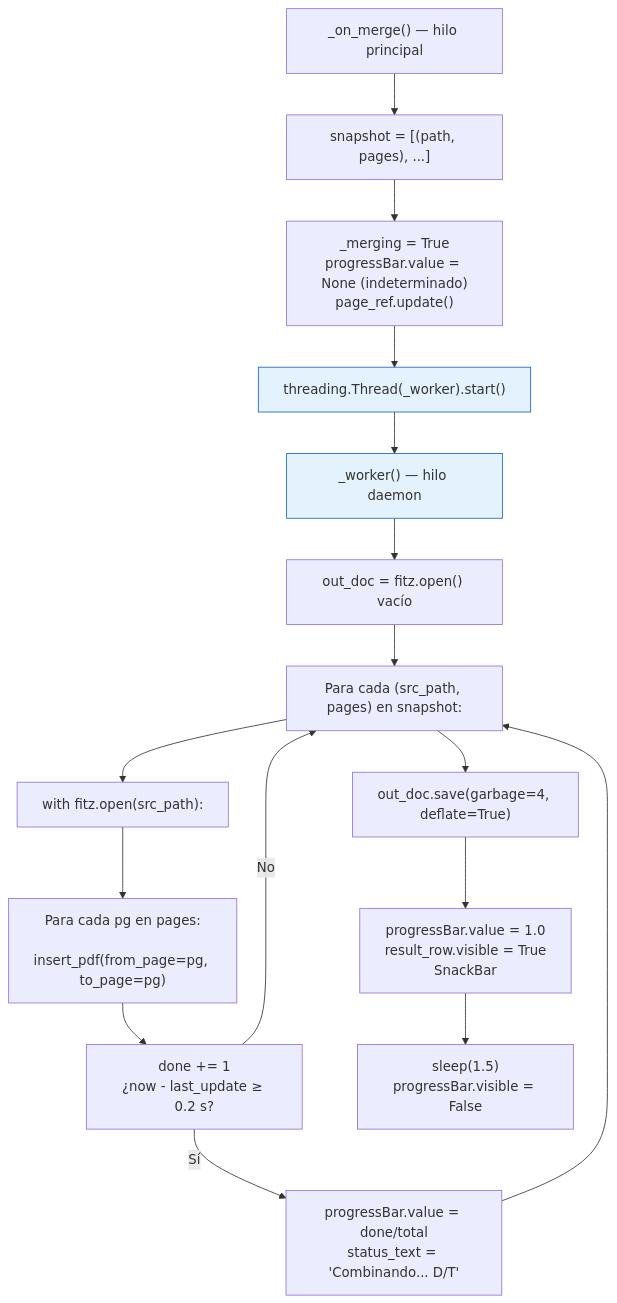
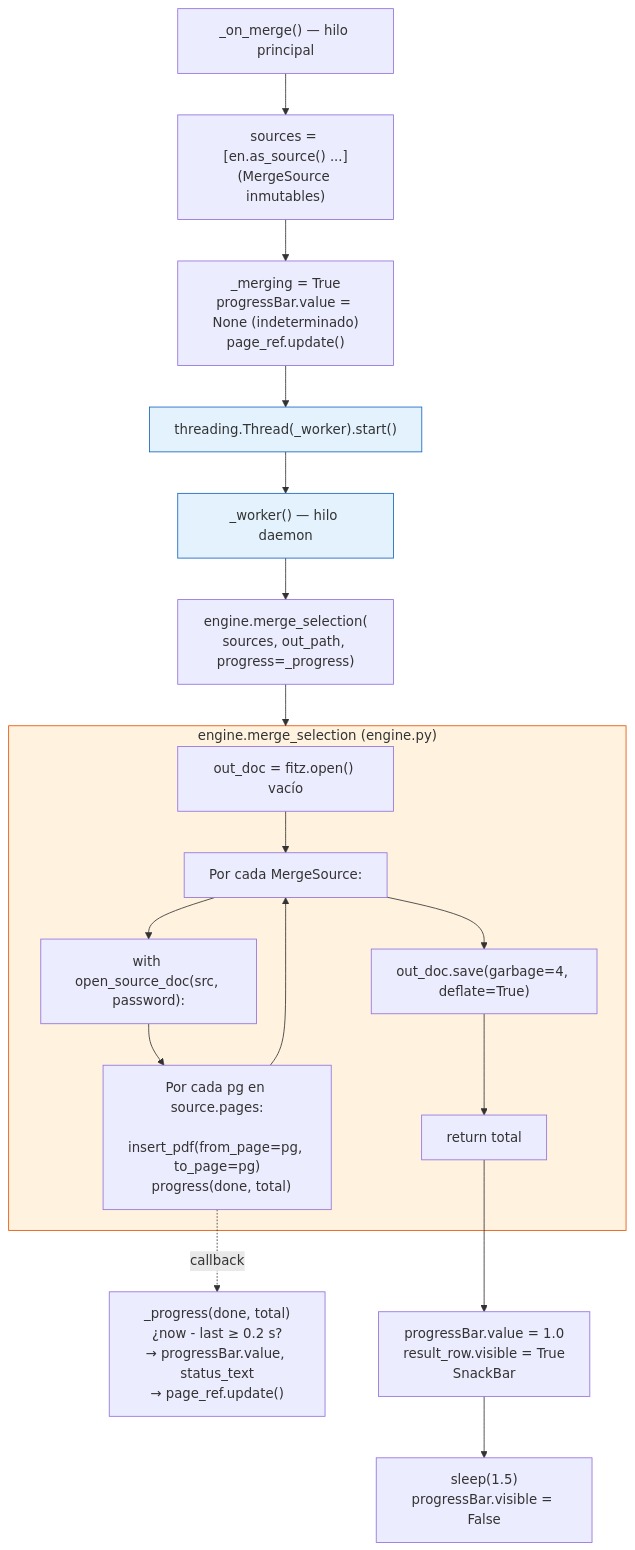
The eighth of 8 diagrams in docs/combinar-pdf.md (Mahynlo/pdf_manager), drawn with Mermaid before and after one commit. The commit also changed other lines of this file and 10 other files, not shown here.

````diff
--- a/docs/combinar-pdf.md
+++ b/docs/combinar-pdf.md
@@ -272,22 +407,27 @@
 ```mermaid
 flowchart TD
-    A["_on_merge() — hilo principal"] --> B["snapshot = [(path, pages), ...]"]
+    A["_on_merge() — hilo principal"] --> B["sources = [en.as_source() ...]\n(MergeSource inmutables)"]
     B --> C["_merging = True\nprogressBar.value = None (indeterminado)\npage_ref.update()"]
     C --> D["threading.Thread(_worker).start()"]
 
     D --> E["_worker() — hilo daemon"]
-    E --> F["out_doc = fitz.open() vacío"]
-    F --> G["Para cada (src_path, pages) en snapshot:"]
-    G --> H["with fitz.open(src_path):"]
-    H --> I["Para cada pg en pages:\n  insert_pdf(from_page=pg, to_page=pg)"]
-    I --> J["done += 1\n¿now - last_update ≥ 0.2 s?"]
-    J -- Sí --> K["progressBar.value = done/total\nstatus_text = 'Combinando... D/T'"]
-    K --> G
-    J -- No --> G
-    G --> L["out_doc.save(garbage=4, deflate=True)"]
-    L --> M["progressBar.value = 1.0\nresult_row.visible = True\nSnackBar"]
-    M --> N["sleep(1.5)\nprogressBar.visible = False"]
+    E --> F["engine.merge_selection(\nsources, out_path, progress=_progress)"]
+
+    subgraph ENG["engine.merge_selection (engine.py)"]
+        F1["out_doc = fitz.open() vacío"] --> F2["Por cada MergeSource:"]
+        F2 --> F3["with open_source_doc(src, password):"]
+        F3 --> F4["Por cada pg en source.pages:\n  insert_pdf(from_page=pg, to_page=pg)\n  progress(done, total)"]
+        F4 --> F2
+        F2 --> F5["out_doc.save(garbage=4, deflate=True)"]
+        F5 --> F6["return total"]
+    end
+
+    F --> ENG
+    F4 -. callback .-> P["_progress(done, total)\n¿now - last ≥ 0.2 s?\n→ progressBar.value, status_text\n→ page_ref.update()"]
+    F6 --> G["progressBar.value = 1.0\nresult_row.visible = True\nSnackBar"]
+    G --> H["sleep(1.5)\nprogressBar.visible = False"]
 
     style D fill:#E3F2FD,stroke:#1565C0
     style E fill:#E3F2FD,stroke:#1565C0
+    style ENG fill:#FFF3E0,stroke:#E65100
 ```
````
